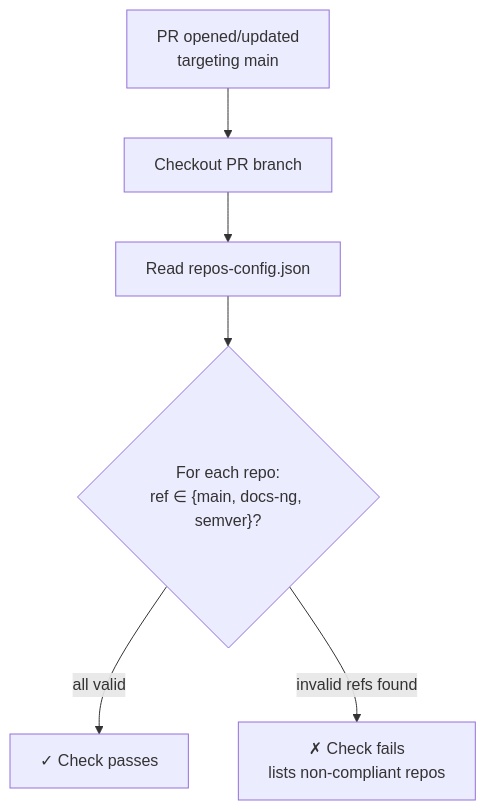
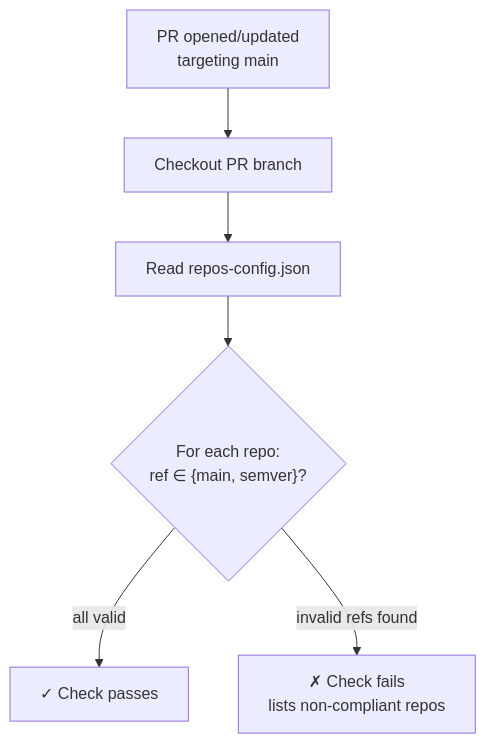
Before and after one commit to gardenlinux/docs-ng: the fourth of 4 diagrams in docs/contributing/documentation/ci-workflows-reference.md, drawn with Mermaid. The commit also changed other lines of this file and 17 other files, not shown here.

````diff
--- a/docs/contributing/documentation/ci-workflows-reference.md
+++ b/docs/contributing/documentation/ci-workflows-reference.md
@@ -397,14 +395,14 @@
 ```mermaid
 flowchart TD
     A["PR opened/updated<br/>targeting main"] --> B["Checkout PR branch"]
     B --> C["Read repos-config.json"]
-    C --> D{"For each repo:<br/>ref ∈ {main, docs-ng, semver}?"}
+    C --> D{"For each repo:<br/>ref ∈ {main, semver}?"}
     D -->|all valid| E["✓ Check passes"]
     D -->|invalid refs found| F["✗ Check fails<br/>lists non-compliant repos"]
 
     class A input
     class B,C process
     class D decision
     class E output
     class F process
 ```
````
